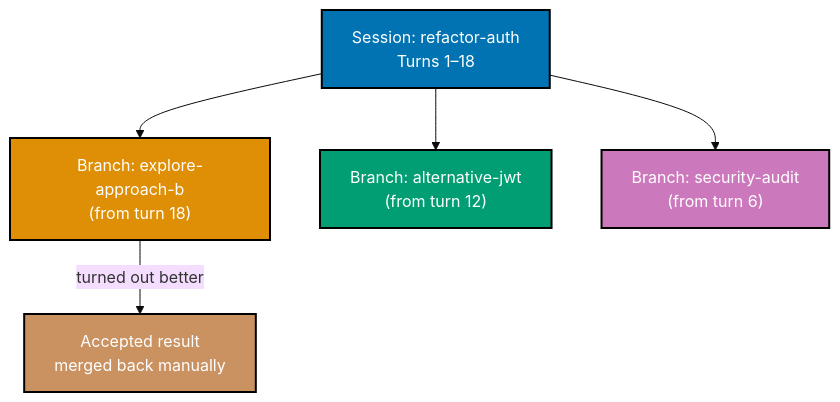
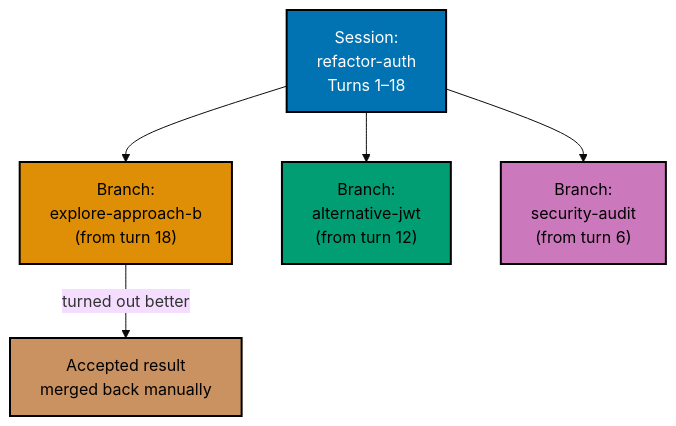
Before and after one commit to wahidyankf/ose-public: the fourth of 5 diagrams in apps/ayokoding-www/content/en/learn/legacy/artificial-intelligence/tools/pi-coding-agent/by-concept/beginner.md, drawn with Mermaid (base theme). The commit also changed other lines of this file and 50 other files, not shown here.

First line of the commit message:
fix(mermaid): bring the docs, governance, plans, and legacy AI diagrams onto the accessible palette

````diff
--- a/apps/ayokoding-www/content/en/learn/legacy/artificial-intelligence/tools/pi-coding-agent/by-concept/beginner.md
+++ b/apps/ayokoding-www/content/en/learn/legacy/artificial-intelligence/tools/pi-coding-agent/by-concept/beginner.md
@@ -719,21 +728,24 @@
 ```mermaid
 %% Color Palette: Blue #0173B2, Orange #DE8F05, Teal #029E73, Purple #CC78BC, Brown #CA9161
 %% All colors are color-blind friendly and meet WCAG AA contrast standards
 
 graph TD
-    ROOT["Session: refactor-auth<br/>Turns 1–18"]:::blue
-    B1["Branch: explore-approach-b<br/>(from turn 18)"]:::orange
-    B2["Branch: alternative-jwt<br/>(from turn 12)"]:::teal
-    B3["Branch: security-audit<br/>(from turn 6)"]:::purple
+    accTitle: => Context: 2,891 tokens
+    accDescr: Graph with 5 nodes and 4 connections. Nodes: Session: refactor-auth Turns 1–18, Branch: explore-approach-b (from turn 18), Branch: alternative-jwt (from turn 12), Branch: security-audit (from turn 6), Accepted result merged back manually. Connections: Session: refactor-auth Turns 1–18 to Branch: explore-approach-b (from turn 18), Session: refactor-auth Turns 1–18 to Branch: alternative-jwt (from turn 12), Session: refactor-auth Turns 1–18 to Branch: security-audit (from turn 6), Branch: explore-approach-b (from turn 18) to Accepted result merged back manually (turned out better).
+    ROOT["Session:<br/>refactor-auth<br/>Turns 1–18"]:::blue
+    B1["Branch:<br/>explore-approach-b<br/>(from turn 18)"]:::orange
+    B2["Branch:<br/>alternative-jwt<br/>(from turn 12)"]:::teal
+    B3["Branch:<br/>security-audit<br/>(from turn 6)"]:::purple
 
     ROOT --> B1
     ROOT --> B2
     ROOT --> B3
     B1 -->|"turned out better"| RESULT["Accepted result<br/>merged back manually"]:::brown
 
     classDef blue fill:#0173B2,stroke:#000000,color:#FFFFFF,stroke-width:2px
-    classDef orange fill:#DE8F05,stroke:#000000,color:#FFFFFF,stroke-width:2px
-    classDef teal fill:#029E73,stroke:#000000,color:#FFFFFF,stroke-width:2px
-    classDef purple fill:#CC78BC,stroke:#000000,color:#FFFFFF,stroke-width:2px
-    classDef brown fill:#CA9161,stroke:#000000,color:#FFFFFF,stroke-width:2px
+    classDef orange fill:#DE8F05,stroke:#000000,color:#000000,stroke-width:2px
+    classDef teal fill:#029E73,stroke:#000000,color:#000000,stroke-width:2px
+    classDef purple fill:#CC78BC,stroke:#000000,color:#000000,stroke-width:2px
+    classDef brown fill:#CA9161,stroke:#000000,color:#000000,stroke-width:2px
+    classDef default fill:#FFFFFF,stroke:#000000,color:#000000
 ```
````
